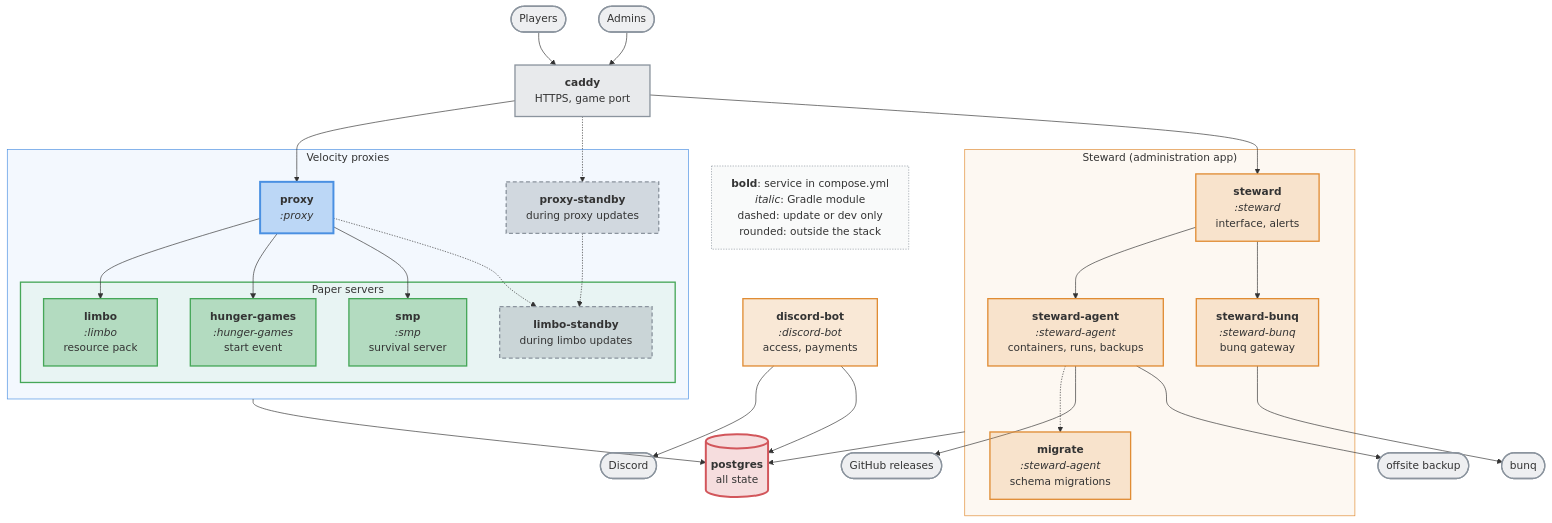
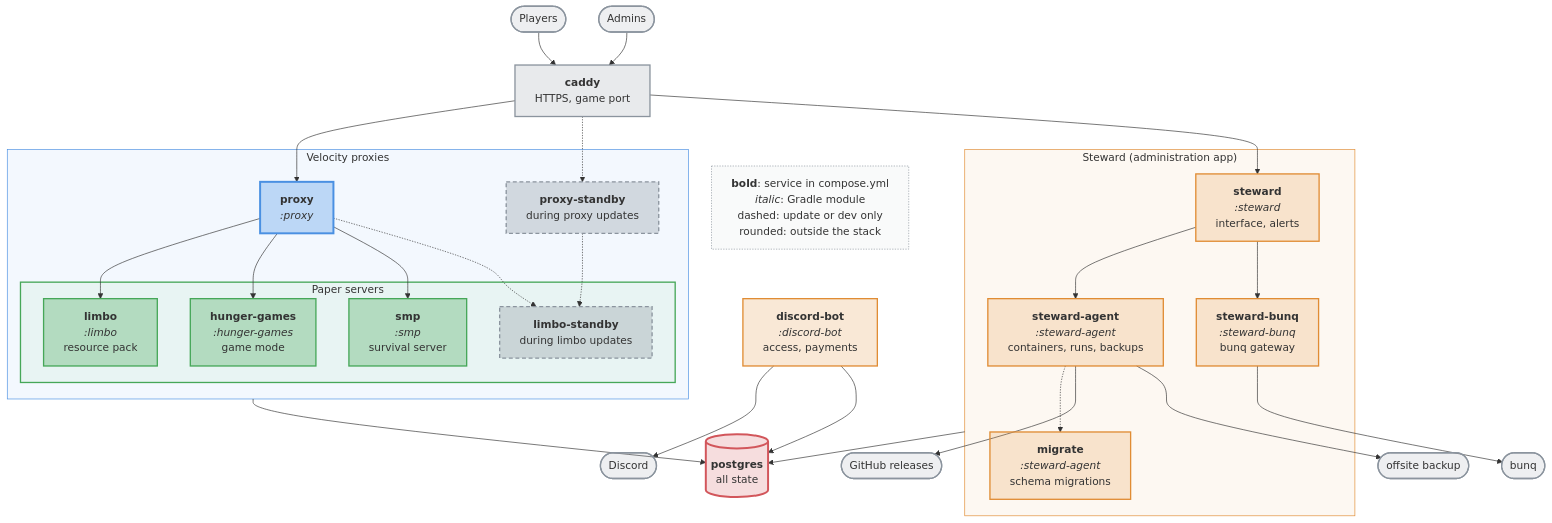
Before and after one commit to nordtal/season-2: the diagram in README.md, drawn with Mermaid. The commit also changed other lines of this file and 261 other files, not shown here.

Commit message:
feat: launch date, maintenance and the game mode replace the season phase, and steward gets its router tab (#328)

````diff
--- a/README.md
+++ b/README.md
@@ -16,70 +16,70 @@
 ```mermaid
 %%{init: {'themeVariables': {'fontSize': '16px'}, 'flowchart': {'wrappingWidth': 240, 'diagramPadding': 8}}}%%
 flowchart TB
     LEG["<b>bold</b>: service in compose.yml<br/><i>italic</i>: Gradle module<br/>dashed: update or dev only<br/>rounded: outside the stack"]:::key
     players(["Players"]):::ext
     admins(["Admins"]):::ext
     CADDY["<b>caddy</b><br/>HTTPS, game port"]:::entry
 
     subgraph vlc["Velocity proxies"]
         NC["<b>proxy</b><br/><i>:proxy</i>"]:::proxy
         NCS["<b>proxy-standby</b><br/>during proxy updates"]:::standby
 
         subgraph ppr["Paper servers"]
-            HG["<b>hunger-games</b><br/><i>:hunger-games</i><br/>start event"]:::paper
+            HG["<b>hunger-games</b><br/><i>:hunger-games</i><br/>game mode"]:::paper
             SMP["<b>smp</b><br/><i>:smp</i><br/>survival server"]:::paper
             LIMBO["<b>limbo</b><br/><i>:limbo</i><br/>resource pack"]:::paper
             LIMBOS["<b>limbo-standby</b><br/>during limbo updates"]:::standby
         end
     end
 
     subgraph st["Steward (administration app)"]
         UPD["<b>steward</b><br/><i>:steward</i><br/>interface, alerts"]:::app
         DEP["<b>steward-agent</b><br/><i>:steward-agent</i><br/>containers, runs, backups"]:::app
         BANK["<b>steward-bunq</b><br/><i>:steward-bunq</i><br/>bunq gateway"]:::app
         MIG["<b>migrate</b><br/><i>:steward-agent</i><br/>schema migrations"]:::app
     end
 
     BOT["<b>discord-bot</b><br/><i>:discord-bot</i><br/>access, payments"]:::app
     PG[("<b>postgres</b><br/>all state")]:::db
 
     bunq(["bunq"]):::ext
     discord(["Discord"]):::ext
     gh(["GitHub releases"]):::ext
     offsite(["offsite backup"]):::ext
 
     players --> CADDY
     admins --> CADDY
     CADDY --> NC
     CADDY -.-> NCS
     CADDY --> UPD
     NC --> LIMBO
     NC --> HG
     NC --> SMP
     NC -.-> LIMBOS
     NCS -.->  LIMBOS
     UPD --> DEP
     UPD --> BANK
     BANK --> bunq
     DEP -.-> MIG
     DEP --> gh
     DEP --> offsite
     LEG ~~~ BOT
     BOT --> discord
     vlc --> PG
     BOT --> PG
     st --> PG
 
     classDef key fill:#8b949e0d,stroke:#8b949e,stroke-width:1px,stroke-dasharray:2 2
     classDef ext fill:#8b949e26,stroke:#8b949e,stroke-width:2px
     classDef entry fill:#8b949e33,stroke:#8b949e,stroke-width:2px
     classDef proxy fill:#4a90e253,stroke:#4a90e2,stroke-width:3px
     classDef paper fill:#46a75853,stroke:#46a758,stroke-width:2px
     classDef standby fill:#8b949e53,stroke:#8b949e,stroke-width:2px,stroke-dasharray:6 4
     classDef app fill:#e08c3433,stroke:#e08c34,stroke-width:2px
     classDef db fill:#d2565b33,stroke:#d2565b,stroke-width:3px
     classDef side fill:#8b949e1a,stroke:#8b949e,stroke-width:1px,stroke-dasharray:3 3
     style vlc fill:#4a90e210,stroke:#4a90e2,stroke-width:1px
     style ppr fill:#46a75810,stroke:#46a758,stroke-width:2px
     style st fill:#e08c3410,stroke:#e08c34,stroke-width:1px
 ```
````
